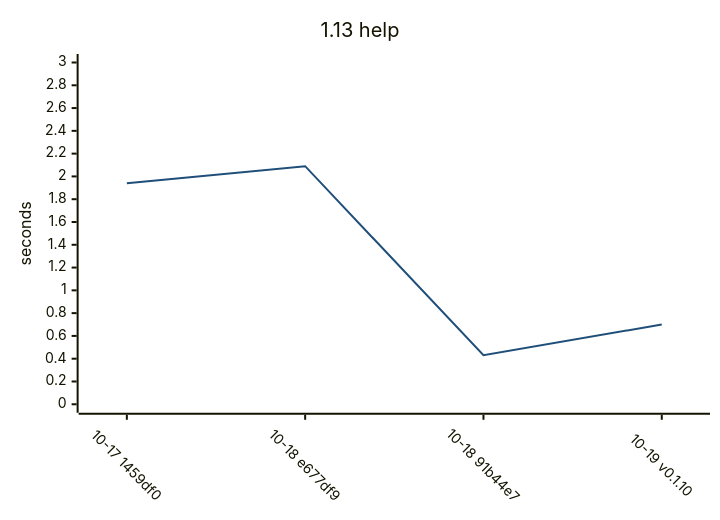
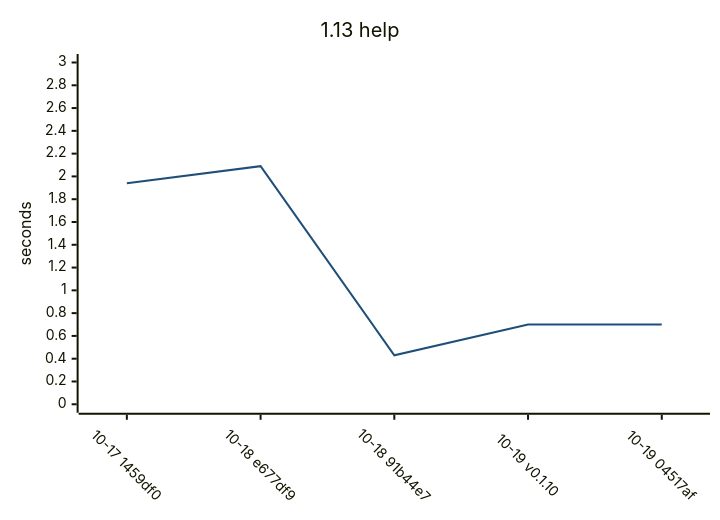
One commit to yamanori99/DistSSHRun.jl changed the first of 9 diagrams in README.md. Above: the diagram before and after it, drawn with Mermaid. The commit also changed other lines of this file and 1 other file, not shown here.

````diff
--- a/README.md
+++ b/README.md
@@ -27,17 +24,17 @@
 ```mermaid
 ---
 config:
   theme: base
   themeVariables:
     xyChart:
       plotColorPalette: "#1f4e79"
   xyChart:
     xAxis:
       labelRotation: 45
 ---
 xychart-beta
     title "1.13 help"
-    x-axis ["10-17 1459df0", "10-18 e677df9", "10-18 91b44e7", "10-19 v0.1.10"]
+    x-axis ["10-17 1459df0", "10-18 e677df9", "10-18 91b44e7", "10-19 v0.1.10", "10-19 04517af"]
     y-axis "seconds" 0 --> 3
-    line [1.94, 2.09, 0.43, 0.7]
+    line [1.94, 2.09, 0.43, 0.7, 0.7]
 ```
````
